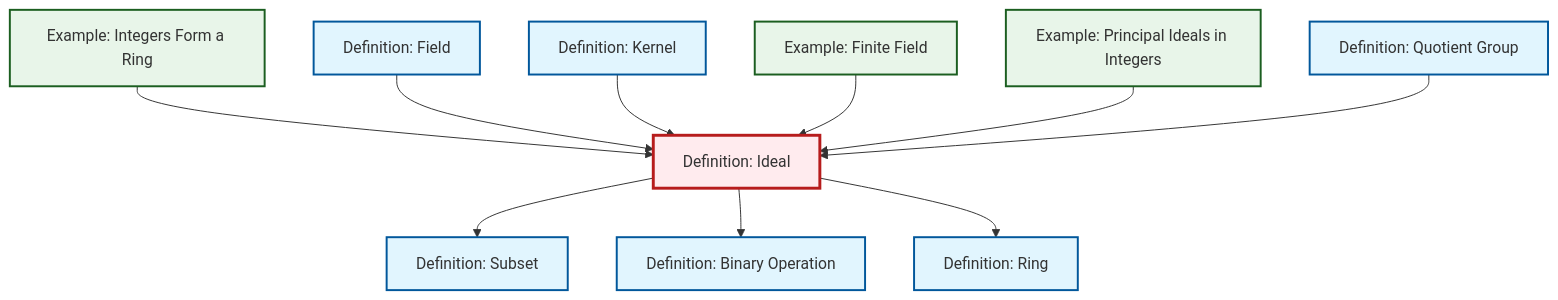
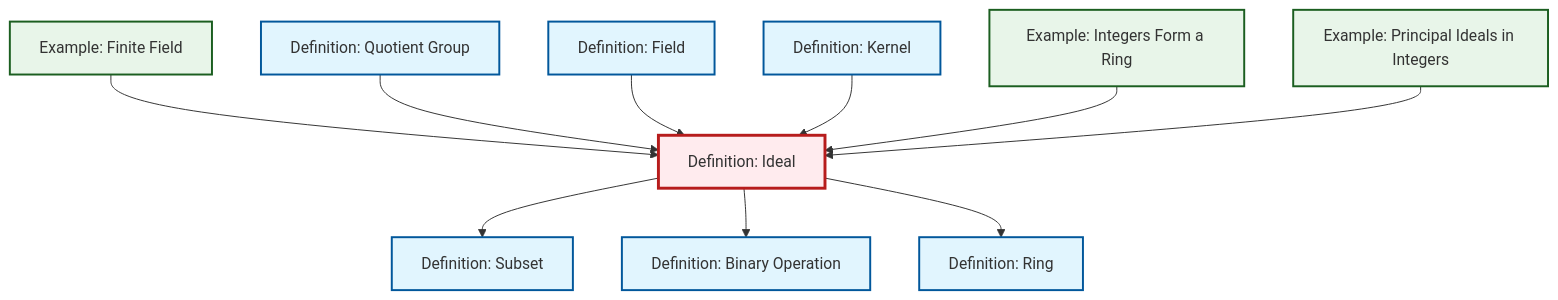
One commit to RK0429/ModernMath changed the diagram in content/ja/algebra/def-ideal.qmd. Above: the diagram before and after it, drawn with Mermaid. The commit also changed other lines of this file and 474 other files, not shown here.

````diff
--- a/content/ja/algebra/def-ideal.qmd
+++ b/content/ja/algebra/def-ideal.qmd
@@ -70,38 +70,38 @@
 ```{mermaid}
 %%| fig-cap: "Local dependency graph"
 graph TD
     classDef definition fill:#e1f5fe,stroke:#01579b,stroke-width:2px
     classDef theorem fill:#f3e5f5,stroke:#4a148c,stroke-width:2px
     classDef axiom fill:#fff3e0,stroke:#e65100,stroke-width:2px
     classDef example fill:#e8f5e9,stroke:#1b5e20,stroke-width:2px
     classDef current fill:#ffebee,stroke:#b71c1c,stroke-width:3px
+    def-ideal["Definition: Ideal"]:::definition
+    def-field["Definition: Field"]:::definition
+    def-quotient-group["Definition: Quotient Group"]:::definition
+    def-ring["Definition: Ring"]:::definition
+    ex-principal-ideal["Example: Principal Ideals in Integers"]:::example
+    def-kernel["Definition: Kernel"]:::definition
+    ex-integers-ring["Example: Integers Form a Ring"]:::example
     ex-finite-field["Example: Finite Field"]:::example
-    def-ring["Definition: Ring"]:::definition
-    def-field["Definition: Field"]:::definition
+    def-subset["Definition: Subset"]:::definition
     def-binary-operation["Definition: Binary Operation"]:::definition
-    def-kernel["Definition: Kernel"]:::definition
-    def-quotient-group["Definition: Quotient Group"]:::definition
-    ex-principal-ideal["Example: Principal Ideals in Integers"]:::example
-    ex-integers-ring["Example: Integers Form a Ring"]:::example
-    def-ideal["Definition: Ideal"]:::definition
-    def-subset["Definition: Subset"]:::definition
-    ex-integers-ring --> def-ideal
-    def-ideal --> def-subset
+    ex-finite-field --> def-ideal
+    def-quotient-group --> def-ideal
     def-field --> def-ideal
     def-kernel --> def-ideal
-    ex-finite-field --> def-ideal
+    ex-integers-ring --> def-ideal
     ex-principal-ideal --> def-ideal
+    def-ideal --> def-subset
     def-ideal --> def-binary-operation
     def-ideal --> def-ring
-    def-quotient-group --> def-ideal
     class def-ideal current
+    click def-field "def-field.html" "Definition: Fieldへ"
+    click def-quotient-group "def-quotient-group.html" "Definition: Quotient Groupへ"
+    click def-ring "def-ring.html" "Definition: Ringへ"
+    click ex-principal-ideal "ex-principal-ideal.html" "Example: Principal Ideals in Integersへ"
+    click def-kernel "def-kernel.html" "Definition: Kernelへ"
+    click ex-integers-ring "ex-integers-ring.html" "Example: Integers Form a Ringへ"
     click ex-finite-field "ex-finite-field.html" "Example: Finite Fieldへ"
-    click def-ring "def-ring.html" "Definition: Ringへ"
-    click def-field "def-field.html" "Definition: Fieldへ"
+    click def-subset "def-subset.html" "Definition: Subsetへ"
     click def-binary-operation "def-binary-operation.html" "Definition: Binary Operationへ"
-    click def-kernel "def-kernel.html" "Definition: Kernelへ"
-    click def-quotient-group "def-quotient-group.html" "Definition: Quotient Groupへ"
-    click ex-principal-ideal "ex-principal-ideal.html" "Example: Principal Ideals in Integersへ"
-    click ex-integers-ring "ex-integers-ring.html" "Example: Integers Form a Ringへ"
-    click def-subset "def-subset.html" "Definition: Subsetへ"
 ```
````
